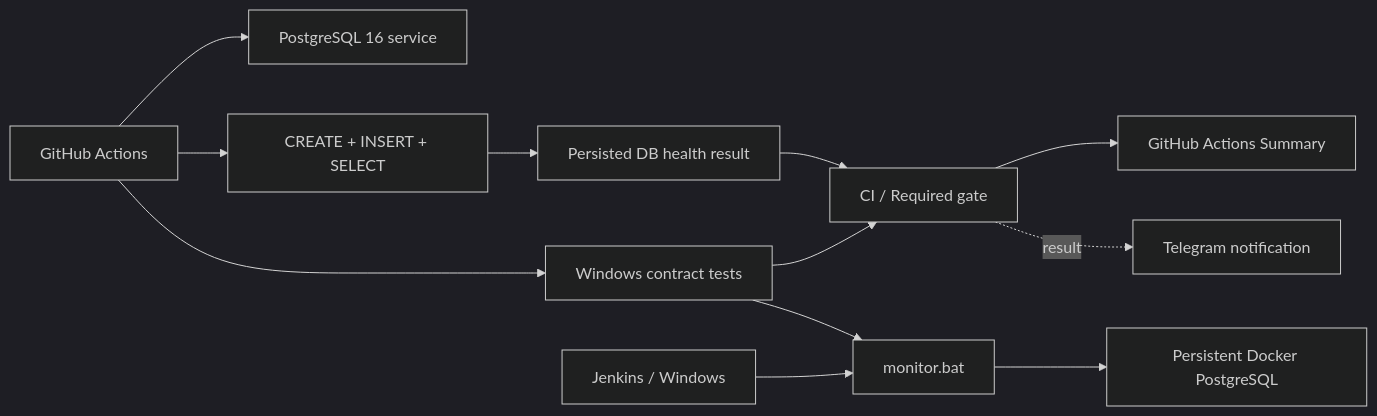
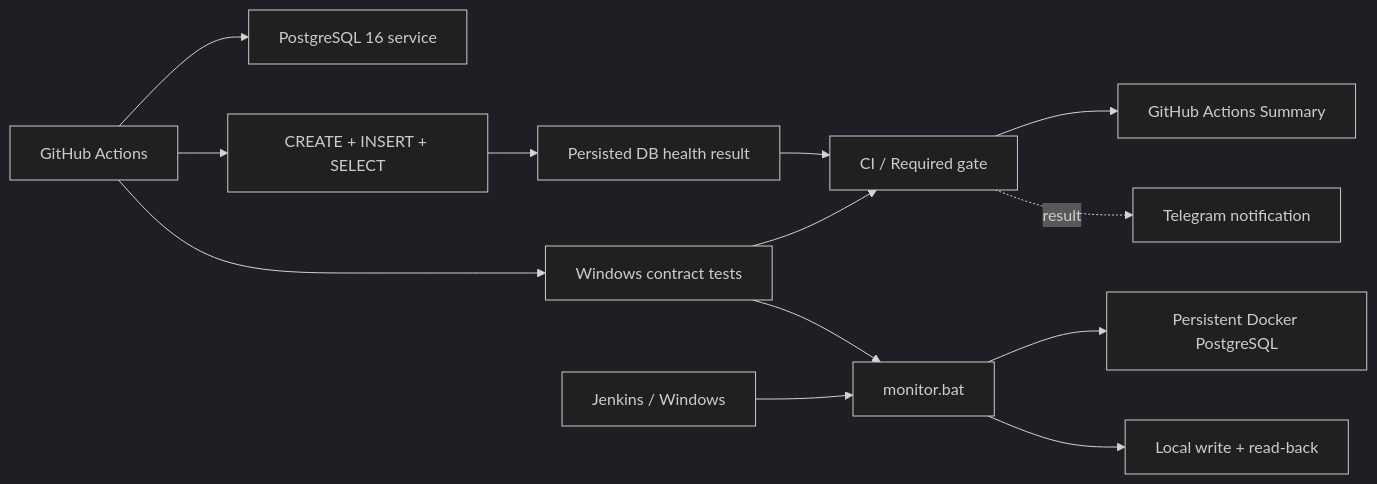
The diagram in README.md (TokhirjonYuldoshev/qa-docker-monitor), drawn with Mermaid (dark theme) before and after one commit. The commit also changed other lines of this file and 2 other files, not shown here.

First line of the commit message:
test: enforce local PostgreSQL write-read health contract

````diff
--- a/README.md
+++ b/README.md
@@ -25,16 +25,17 @@
 ```mermaid
 flowchart LR
     GH[GitHub Actions] --> PG1[PostgreSQL 16 service]
     GH --> SQL1[CREATE + INSERT + SELECT]
     SQL1 --> R[Persisted DB health result]
 
     GH --> WT[Windows contract tests]
     WT --> BAT[monitor.bat]
     J[Jenkins / Windows] --> BAT
     BAT --> PG2[Persistent Docker PostgreSQL]
+    BAT --> LR[Local write + read-back]
 
     R --> G[CI / Required gate]
     WT --> G
     G --> S[GitHub Actions Summary]
     G -. result .-> TG[Telegram notification]
 ```
````
